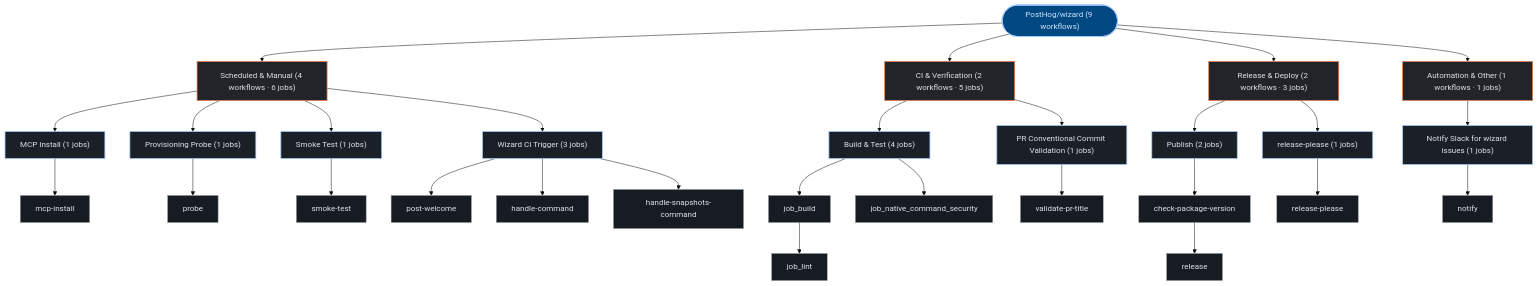
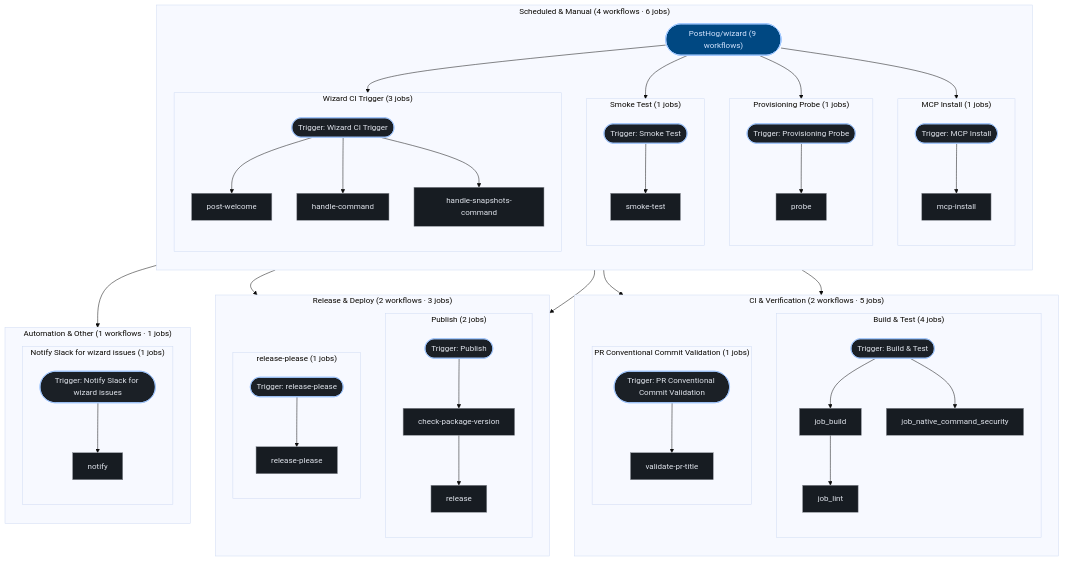
One commit to kumarshaz/atruss-code-atlas changed the third of 3 diagrams in exports/latest/reports/PostHog-wizard-report.md. Above: the diagram before and after it, drawn with Mermaid (base theme). The commit also changed 181 other files, not shown here.

````diff
--- a/exports/latest/reports/PostHog-wizard-report.md
+++ b/exports/latest/reports/PostHog-wizard-report.md
@@ -257,58 +257,89 @@
   classDef atlasAlert fill:#93000a,stroke:#ffb4ab,stroke-width:1.5px,color:#ffdad6
   classDef atlasMore fill:#252a31,stroke:#8d9199,stroke-dasharray:4 4,color:#c3c6cf
   pipeline_root(["PostHog/wizard (9 workflows)"]):::atlasRoot
-  grp_0_Scheduled___Manual["Scheduled & Manual (4 workflows · 6 jobs)"]:::atlasCategory
-  pipeline_root --> grp_0_Scheduled___Manual
-  wf_2_MCP_Install["MCP Install (1 jobs)"]:::atlasWorkflow
-  grp_0_Scheduled___Manual --> wf_2_MCP_Install
-  job_2_mcp_install["mcp-install"]:::atlasJob
-  wf_2_MCP_Install --> job_2_mcp_install
-  wf_4_Provisioning_Probe["Provisioning Probe (1 jobs)"]:::atlasWorkflow
-  grp_0_Scheduled___Manual --> wf_4_Provisioning_Probe
-  job_4_probe["probe"]:::atlasJob
-  wf_4_Provisioning_Probe --> job_4_probe
-  wf_7_Smoke_Test["Smoke Test (1 jobs)"]:::atlasWorkflow
-  grp_0_Scheduled___Manual --> wf_7_Smoke_Test
-  job_7_smoke_test["smoke-test"]:::atlasJob
-  wf_7_Smoke_Test --> job_7_smoke_test
-  wf_8_Wizard_CI_Trigger["Wizard CI Trigger (3 jobs)"]:::atlasWorkflow
-  grp_0_Scheduled___Manual --> wf_8_Wizard_CI_Trigger
-  job_8_post_welcome["post-welcome"]:::atlasJob
-  job_8_handle_command["handle-command"]:::atlasJob
-  job_8_handle_snapshots_command["handle-snapshots-command"]:::atlasJob
-  wf_8_Wizard_CI_Trigger --> job_8_post_welcome
-  wf_8_Wizard_CI_Trigger --> job_8_handle_command
-  wf_8_Wizard_CI_Trigger --> job_8_handle_snapshots_command
-  grp_1_CI___Verification["CI & Verification (2 workflows · 5 jobs)"]:::atlasCategory
-  pipeline_root --> grp_1_CI___Verification
-  wf_0_Build___Test["Build & Test (4 jobs)"]:::atlasWorkflow
-  grp_1_CI___Verification --> wf_0_Build___Test
-  job_0_job_build["job_build"]:::atlasJob
-  job_0_job_lint["job_lint"]:::atlasJob
-  job_0_job_native_command_security["job_native_command_security"]:::atlasJob
-  wf_0_Build___Test --> job_0_job_build
-  job_0_job_build --> job_0_job_lint
-  wf_0_Build___Test --> job_0_job_native_command_security
-  wf_3_PR_Conventional_Commit_Validation["PR Conventional Commit Validation (1 jobs)"]:::atlasWorkflow
-  grp_1_CI___Verification --> wf_3_PR_Conventional_Commit_Validation
-  job_3_validate_pr_title["validate-pr-title"]:::atlasJob
-  wf_3_PR_Conventional_Commit_Validation --> job_3_validate_pr_title
-  grp_2_Release___Deploy["Release & Deploy (2 workflows · 3 jobs)"]:::atlasCategory
-  pipeline_root --> grp_2_Release___Deploy
-  wf_5_Publish["Publish (2 jobs)"]:::atlasWorkflow
-  grp_2_Release___Deploy --> wf_5_Publish
-  job_5_check_package_version["check-package-version"]:::atlasJob
-  job_5_release["release"]:::atlasJob
-  wf_5_Publish --> job_5_check_package_version
-  job_5_check_package_version --> job_5_release
-  wf_6_release_please["release-please (1 jobs)"]:::atlasWorkflow
-  grp_2_Release___Deploy --> wf_6_release_please
-  job_6_release_please["release-please"]:::atlasJob
-  wf_6_release_please --> job_6_release_please
-  grp_3_Automation___Other["Automation & Other (1 workflows · 1 jobs)"]:::atlasCategory
-  pipeline_root --> grp_3_Automation___Other
-  wf_1_Notify_Slack_for_wizard_issues["Notify Slack for wizard issues (1 jobs)"]:::atlasWorkflow
-  grp_3_Automation___Other --> wf_1_Notify_Slack_for_wizard_issues
-  job_1_notify["notify"]:::atlasJob
-  wf_1_Notify_Slack_for_wizard_issues --> job_1_notify
+  subgraph sg_grp_0_Scheduled___Manual["Scheduled & Manual (4 workflows · 6 jobs)"]
+    direction TB
+    subgraph sg_wf_2_MCP_Install["MCP Install (1 jobs)"]
+      direction TB
+      wf_2_MCP_Install(["Trigger: MCP Install"]):::atlasWorkflow
+      job_2_mcp_install["mcp-install"]:::atlasJob
+      wf_2_MCP_Install --> job_2_mcp_install
+    end
+    pipeline_root --> wf_2_MCP_Install
+    subgraph sg_wf_4_Provisioning_Probe["Provisioning Probe (1 jobs)"]
+      direction TB
+      wf_4_Provisioning_Probe(["Trigger: Provisioning Probe"]):::atlasWorkflow
+      job_4_probe["probe"]:::atlasJob
+      wf_4_Provisioning_Probe --> job_4_probe
+    end
+    pipeline_root --> wf_4_Provisioning_Probe
+    subgraph sg_wf_7_Smoke_Test["Smoke Test (1 jobs)"]
+      direction TB
+      wf_7_Smoke_Test(["Trigger: Smoke Test"]):::atlasWorkflow
+      job_7_smoke_test["smoke-test"]:::atlasJob
+      wf_7_Smoke_Test --> job_7_smoke_test
+    end
+    pipeline_root --> wf_7_Smoke_Test
+    subgraph sg_wf_8_Wizard_CI_Trigger["Wizard CI Trigger (3 jobs)"]
+      direction TB
+      wf_8_Wizard_CI_Trigger(["Trigger: Wizard CI Trigger"]):::atlasWorkflow
+      job_8_post_welcome["post-welcome"]:::atlasJob
+      job_8_handle_command["handle-command"]:::atlasJob
+      job_8_handle_snapshots_command["handle-snapshots-command"]:::atlasJob
+      wf_8_Wizard_CI_Trigger --> job_8_post_welcome
+      wf_8_Wizard_CI_Trigger --> job_8_handle_command
+      wf_8_Wizard_CI_Trigger --> job_8_handle_snapshots_command
+    end
+    pipeline_root --> wf_8_Wizard_CI_Trigger
+  end
+  subgraph sg_grp_1_CI___Verification["CI & Verification (2 workflows · 5 jobs)"]
+    direction TB
+    subgraph sg_wf_0_Build___Test["Build & Test (4 jobs)"]
+      direction TB
+      wf_0_Build___Test(["Trigger: Build & Test"]):::atlasWorkflow
+      job_0_job_build["job_build"]:::atlasJob
+      job_0_job_lint["job_lint"]:::atlasJob
+      job_0_job_native_command_security["job_native_command_security"]:::atlasJob
+      wf_0_Build___Test --> job_0_job_build
+      job_0_job_build --> job_0_job_lint
+      wf_0_Build___Test --> job_0_job_native_command_security
+    end
+    pipeline_root --> wf_0_Build___Test
+    subgraph sg_wf_3_PR_Conventional_Commit_Validation["PR Conventional Commit Validation (1 jobs)"]
+      direction TB
+      wf_3_PR_Conventional_Commit_Validation(["Trigger: PR Conventional Commit Validation"]):::atlasWorkflow
+      job_3_validate_pr_title["validate-pr-title"]:::atlasJob
+      wf_3_PR_Conventional_Commit_Validation --> job_3_validate_pr_title
+    end
+    pipeline_root --> wf_3_PR_Conventional_Commit_Validation
+  end
+  subgraph sg_grp_2_Release___Deploy["Release & Deploy (2 workflows · 3 jobs)"]
+    direction TB
+    subgraph sg_wf_5_Publish["Publish (2 jobs)"]
+      direction TB
+      wf_5_Publish(["Trigger: Publish"]):::atlasWorkflow
+      job_5_check_package_version["check-package-version"]:::atlasJob
+      job_5_release["release"]:::atlasJob
+      wf_5_Publish --> job_5_check_package_version
+      job_5_check_package_version --> job_5_release
+    end
+    pipeline_root --> wf_5_Publish
+    subgraph sg_wf_6_release_please["release-please (1 jobs)"]
+      direction TB
+      wf_6_release_please(["Trigger: release-please"]):::atlasWorkflow
+      job_6_release_please["release-please"]:::atlasJob
+      wf_6_release_please --> job_6_release_please
+    end
+    pipeline_root --> wf_6_release_please
+  end
+  subgraph sg_grp_3_Automation___Other["Automation & Other (1 workflows · 1 jobs)"]
+    direction TB
+    subgraph sg_wf_1_Notify_Slack_for_wizard_issues["Notify Slack for wizard issues (1 jobs)"]
+      direction TB
+      wf_1_Notify_Slack_for_wizard_issues(["Trigger: Notify Slack for wizard issues"]):::atlasWorkflow
+      job_1_notify["notify"]:::atlasJob
+      wf_1_Notify_Slack_for_wizard_issues --> job_1_notify
+    end
+    pipeline_root --> wf_1_Notify_Slack_for_wizard_issues
+  end
 ```
````
